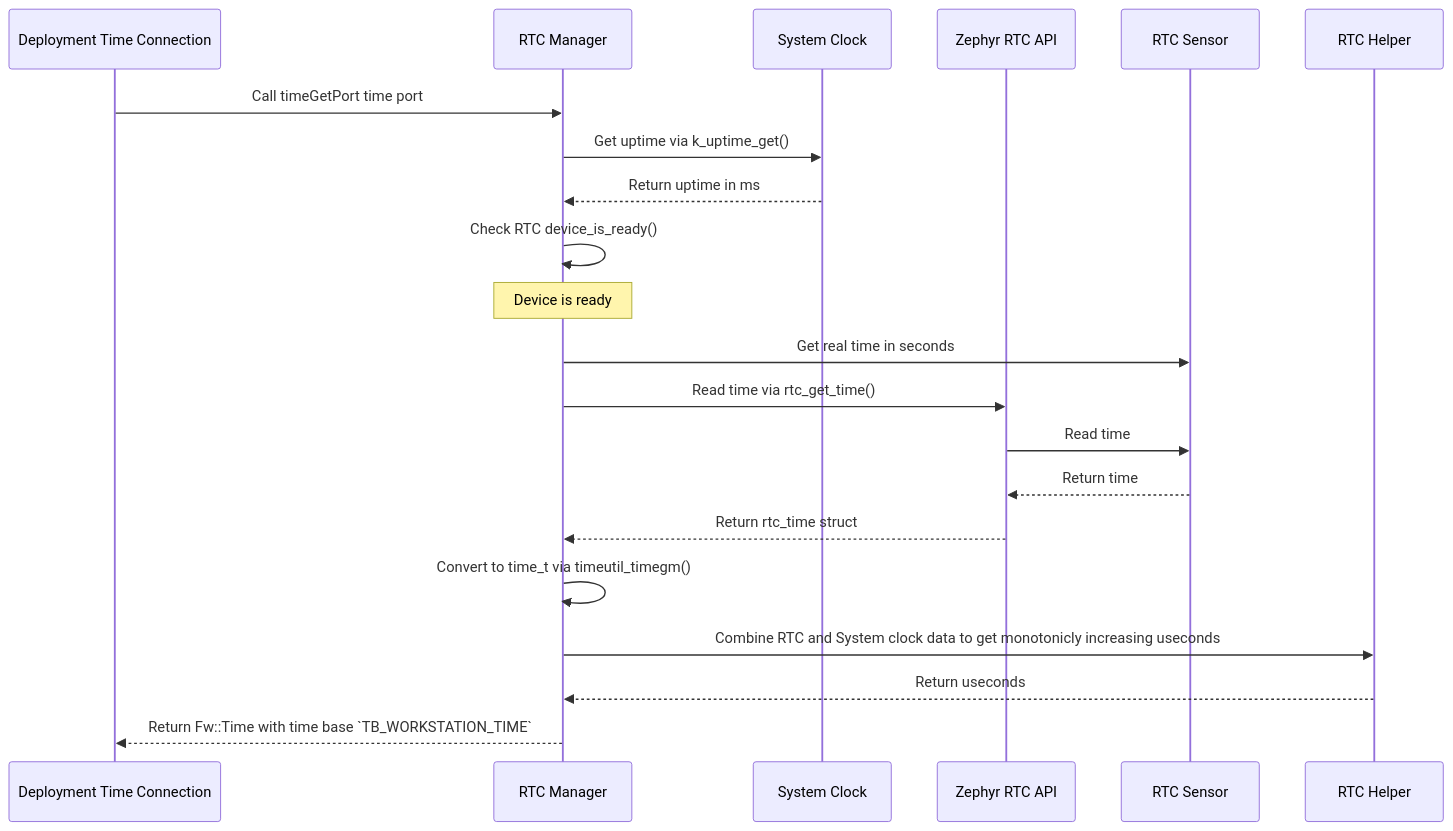
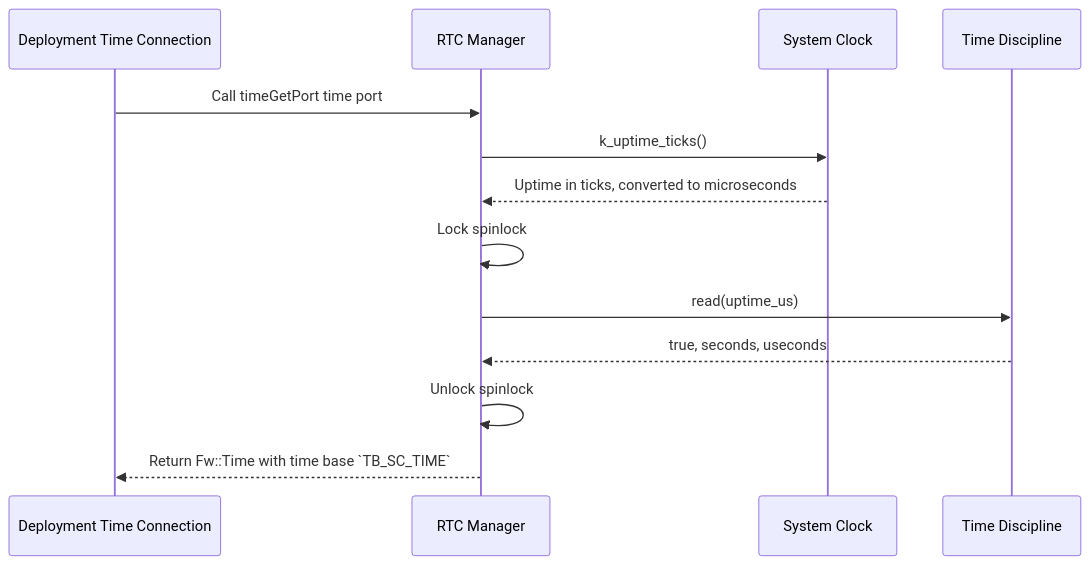
One commit to Open-Source-Space-Foundation/proves-core-reference changed the third of 18 diagrams in docs-site/components/RtcManager.md. Above: the diagram before and after it, drawn with Mermaid. The commit also changed other lines of this file and 199 other files, not shown here.

````diff
--- a/docs-site/components/RtcManager.md
+++ b/docs-site/components/RtcManager.md
@@ -137,23 +311,16 @@
 ```mermaid
 sequenceDiagram
     participant Deployment Time Connection
     participant RTC Manager
     participant System Clock
-    participant Zephyr RTC API
-    participant RTC Sensor
+    participant Time Discipline
 
     Deployment Time Connection->>RTC Manager: Call timeGetPort time port
-    RTC Manager->>System Clock: Get uptime via k_uptime_get()
-    System Clock-->>RTC Manager: Return uptime in ms
-    RTC Manager->>RTC Manager: Check RTC device_is_ready()
-    Note over RTC Manager: Device is ready
-    RTC Manager->>RTC Sensor: Get real time in seconds
-    RTC Manager->>Zephyr RTC API: Read time via rtc_get_time()
-    Zephyr RTC API->>RTC Sensor: Read time
-    RTC Sensor-->>Zephyr RTC API: Return time
-    Zephyr RTC API-->>RTC Manager: Return rtc_time struct
-    RTC Manager->>RTC Manager: Convert to time_t via timeutil_timegm()
-    RTC Manager->>RTC Helper: Combine RTC and System clock data to get monotonicly increasing useconds
-    RTC Helper-->>RTC Manager: Return useconds
-    RTC Manager-->>Deployment Time Connection: Return Fw::Time with time base `TB_WORKSTATION_TIME`
+    RTC Manager->>System Clock: k_uptime_ticks()
+    System Clock-->>RTC Manager: Uptime in ticks, converted to microseconds
+    RTC Manager->>RTC Manager: Lock spinlock
+    RTC Manager->>Time Discipline: read(uptime_us)
+    Time Discipline-->>RTC Manager: true, seconds, useconds
+    RTC Manager->>RTC Manager: Unlock spinlock
+    RTC Manager-->>Deployment Time Connection: Return Fw::Time with time base `TB_SC_TIME`
 ```
````
